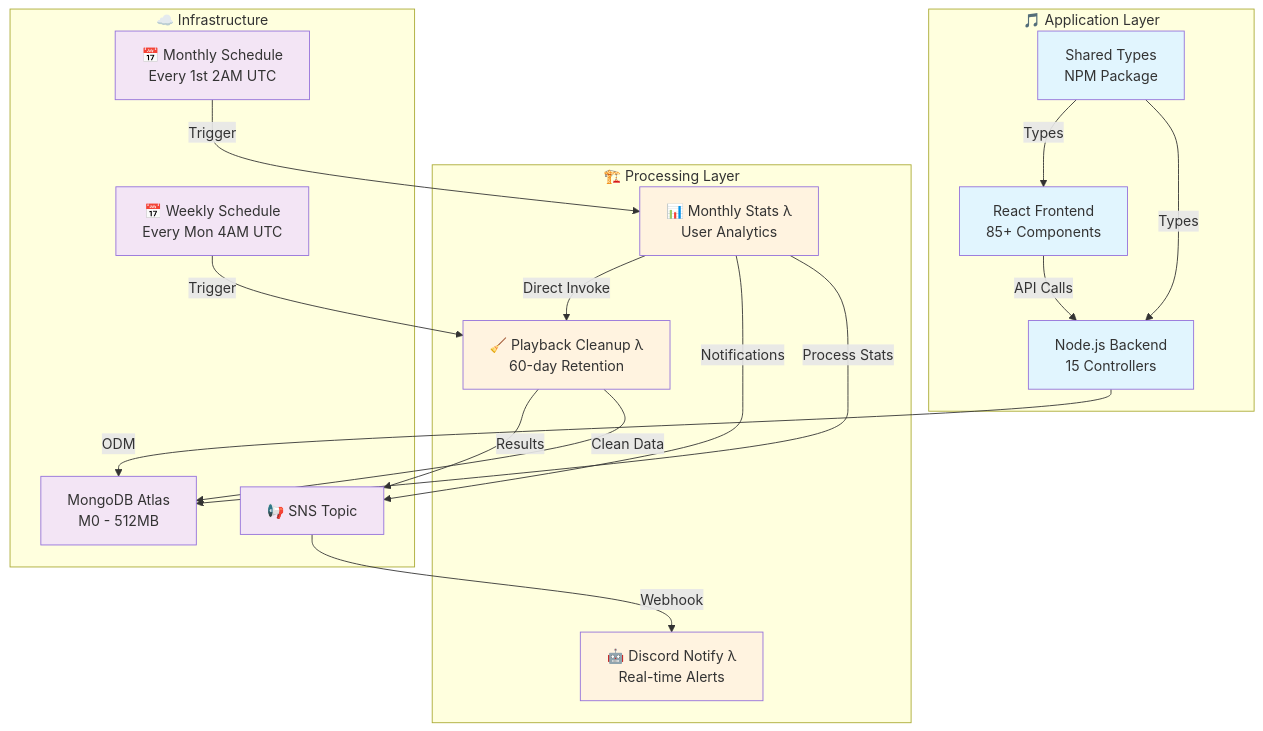
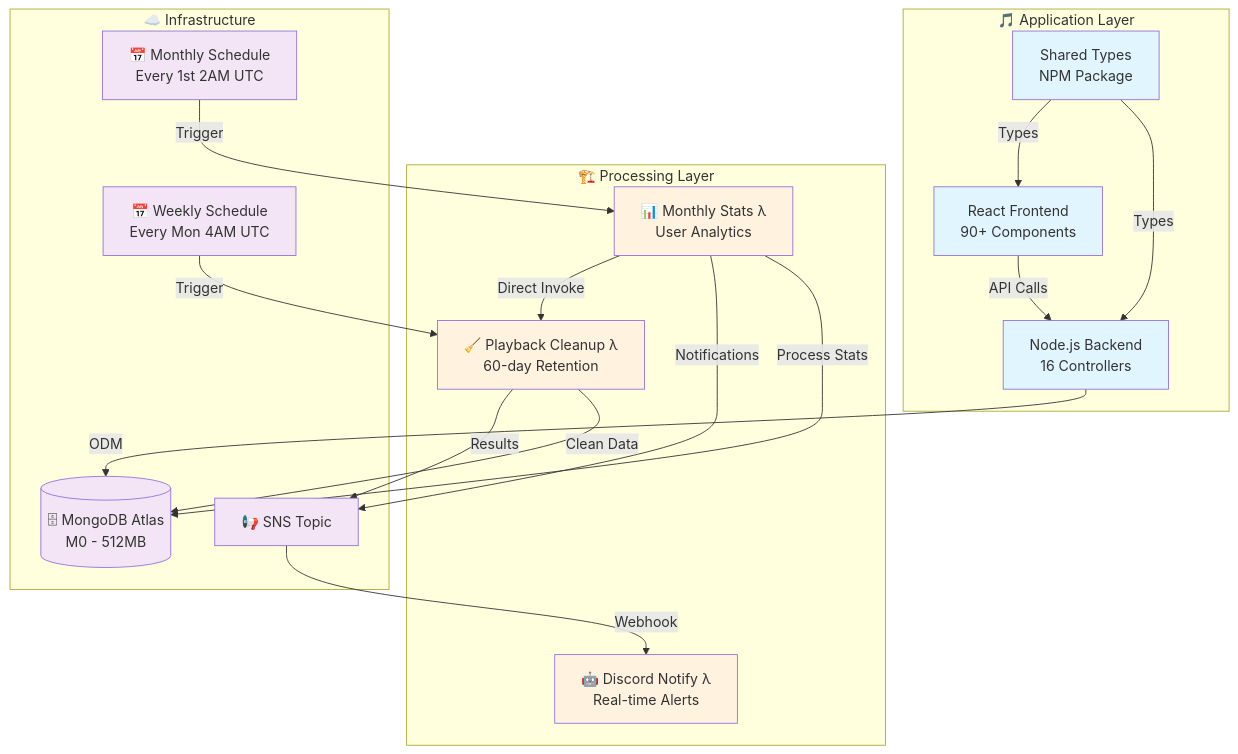
The diagram in README.md (JIAN11442/joytify-app), drawn with Mermaid before and after one commit. The commit also changed other lines of this file and 134 other files, not shown here.

````diff
--- a/README.md
+++ b/README.md
@@ -78,44 +95,47 @@
 ```mermaid
 graph TB
     subgraph "🎵 Application Layer"
-        FE[React Frontend<br/>85+ Components]
-        BE[Node.js Backend<br/>15 Controllers]
+        FE[React Frontend<br/>90+ Components]
+        BE[Node.js Backend<br/>16 Controllers]
         ST[Shared Types<br/>NPM Package]
     end
-    
+
     subgraph "🏗️ Processing Layer"
         ML[📊 Monthly Stats λ<br/>User Analytics]
         CL[🧹 Playback Cleanup λ<br/>60-day Retention]
         DL[🤖 Discord Notify λ<br/>Real-time Alerts]
     end
-    
+
     subgraph "☁️ Infrastructure"
         CW1[📅 Monthly Schedule<br/>Every 1st 2AM UTC]
         CW2[📅 Weekly Schedule<br/>Every Mon 4AM UTC]
         SNS[📢 SNS Topic]
-        DB[MongoDB Atlas<br/>M0 - 512MB]
+        DB[(🗄 MongoDB Atlas<br/>M0 - 512MB)]
     end
-    
+
+    %% Application Layer
     FE -->|API Calls| BE
     BE -->|ODM| DB
     ST -->|Types| FE
     ST -->|Types| BE
-    
+
+    %% Infrastructure to Processing
     CW1 -->|Trigger| ML
     CW2 -->|Trigger| CL
     ML -->|Direct Invoke| CL
     ML -->|Notifications| SNS
     CL -->|Results| SNS
     SNS -->|Webhook| DL
-    
+
+    %% Data flows
     ML -->|Process Stats| DB
     CL -->|Clean Data| DB
-    
+
     classDef app fill:#e1f5fe
     classDef lambda fill:#fff3e0
     classDef infra fill:#f3e5f5
-    
+
     class FE,BE,ST app
     class ML,CL,DL lambda
     class CW1,CW2,SNS,DB infra
 ```
````
